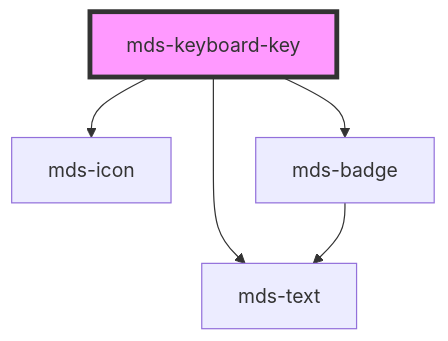
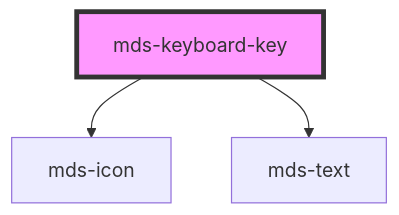
Before and after one commit to magma-design-system/magma: the diagram in projects/stencil/src/components/mds-keyboard-key/readme.md, drawn with Mermaid. The commit also changed other lines of this file and 4 other files, not shown here.

````diff
--- a/projects/stencil/src/components/mds-keyboard-key/readme.md
+++ b/projects/stencil/src/components/mds-keyboard-key/readme.md
@@ -52,8 +51,6 @@
 ```mermaid
 graph TD;
   mds-keyboard-key --> mds-icon
   mds-keyboard-key --> mds-text
-  mds-keyboard-key --> mds-badge
-  mds-badge --> mds-text
   style mds-keyboard-key fill:#f9f,stroke:#333,stroke-width:4px
 ```
````
